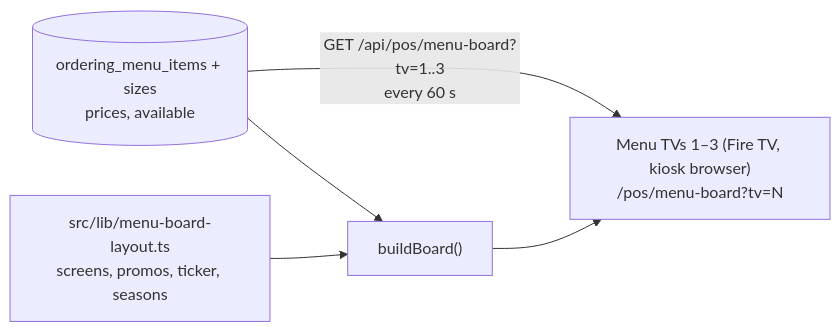
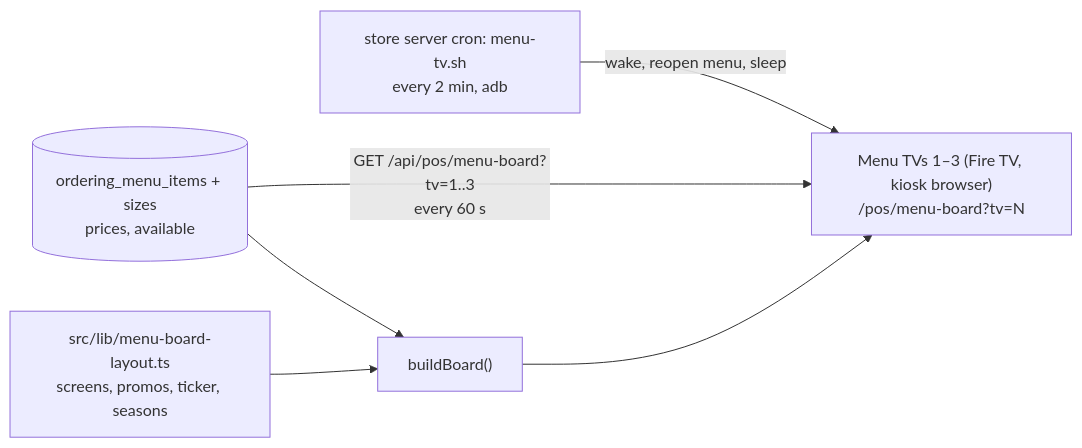
One commit to metalcoat/corner-ops changed the eighth of 8 diagrams in docs/PROCESS-MAP.md. Above: the diagram before and after it, drawn with Mermaid. The commit also changed other lines of this file and 2 other files, not shown here.

First line of the commit message:
Menu TVs: keep the menu on screen and switch the TVs on and off over adb

````diff
--- a/docs/PROCESS-MAP.md
+++ b/docs/PROCESS-MAP.md
@@ -308,6 +308,7 @@
 ```mermaid
 flowchart LR
+  cron["store server cron: menu-tv.sh<br/>every 2 min, adb"] -->|"wake, reopen menu, sleep"| tv
   pos[(ordering_menu_items + sizes<br/>prices, available)] -->|"GET /api/pos/menu-board?tv=1..3<br/>every 60 s"| tv["Menu TVs 1–3 (Fire TV, kiosk browser)<br/>/pos/menu-board?tv=N"]
   layout["src/lib/menu-board-layout.ts<br/>screens, promos, ticker, seasons"] --> pos2["buildBoard()"]
   pos --> pos2 --> tv
 ```
````
